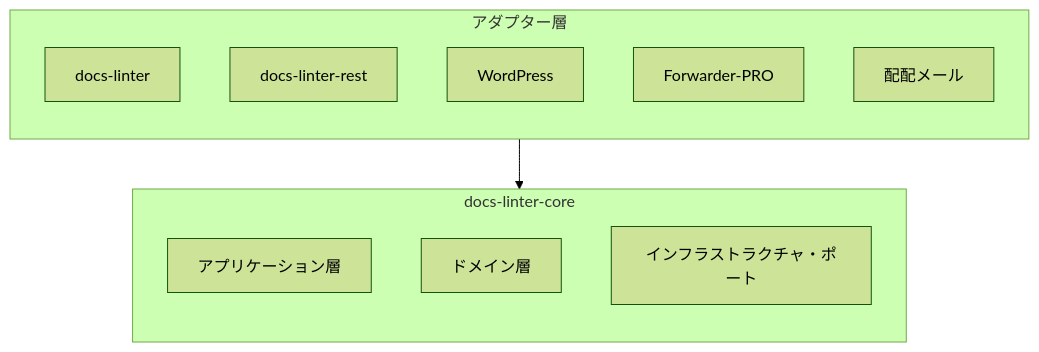
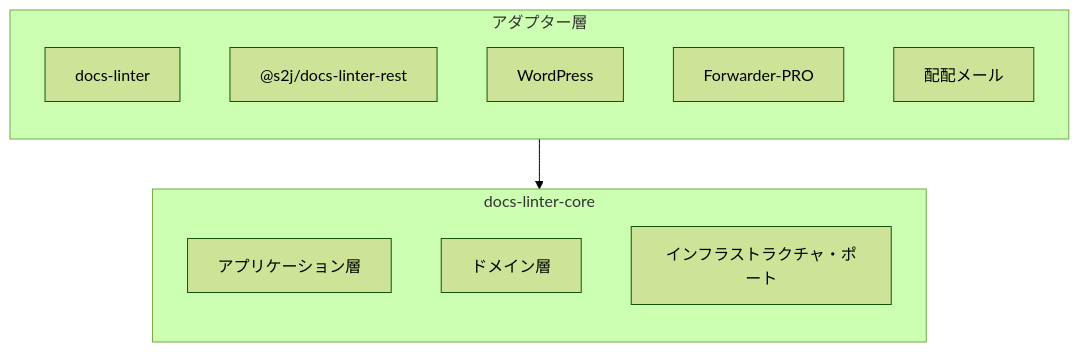
Before and after one commit to stein2nd/docs-linter: the first of 48 diagrams in docsMod/docs-linter-core.md, drawn with Mermaid (forest theme). The commit also changed other lines of this file, not shown here.

````diff
--- a/docsMod/docs-linter-core.md
+++ b/docsMod/docs-linter-core.md
@@ -28,20 +28,20 @@
 ```mermaid
 flowchart TD
     subgraph AdapterLayer ["アダプター層"]
         direction TB
         c1["docs-linter"]
-        c2["docs-linter-rest"]
+        c2["`@s2j/docs-linter-rest`"]
         c3["`WordPress`"]
         c4["`Forwarder-PRO`"]
         c5["`配配メール`"]
     end
 
     subgraph core ["docs-linter-core"]
         direction TB
         r1["アプリケーション層"]
         r2["ドメイン層"]
         r3["インフラストラクチャ・ポート"]
     end
 
     AdapterLayer --> core
 ```
````
